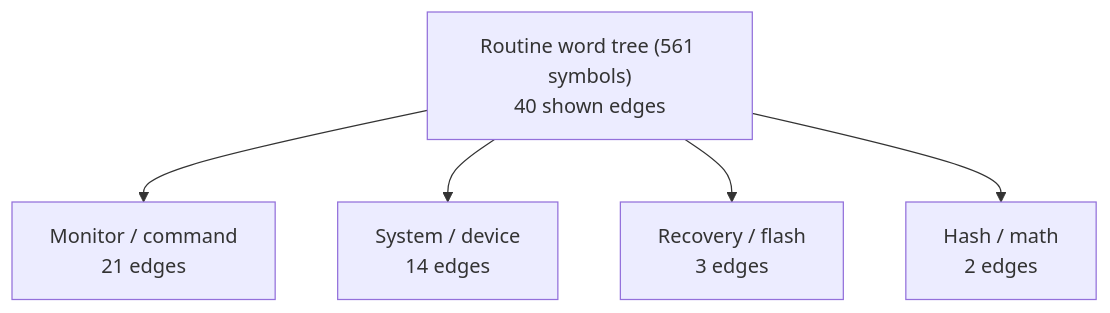
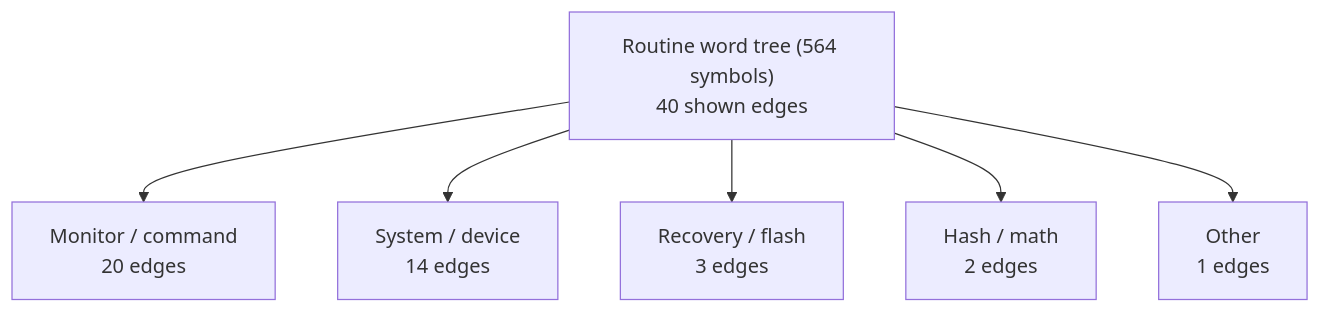
The first of 8 diagrams in DOC/GENERATED/ROUTINE_WORD_TREE.md (95westus/R-YORS), drawn with Mermaid before and after one commit. The commit also changed other lines of this file and 29 other files, not shown here.

````diff
--- a/DOC/GENERATED/ROUTINE_WORD_TREE.md
+++ b/DOC/GENERATED/ROUTINE_WORD_TREE.md
@@ -16,7 +16,8 @@
 ```mermaid
 flowchart TD
-    MAP_ROOT_ROUTINE_WORD_TREE__561_SYMBOLS_["Routine word tree (561 symbols)<br/>40 shown edges"] --> MAP_FAMILY_MONITOR___COMMAND["Monitor / command<br/>21 edges"]
-    MAP_ROOT_ROUTINE_WORD_TREE__561_SYMBOLS_["Routine word tree (561 symbols)<br/>40 shown edges"] --> MAP_FAMILY_SYSTEM___DEVICE["System / device<br/>14 edges"]
-    MAP_ROOT_ROUTINE_WORD_TREE__561_SYMBOLS_["Routine word tree (561 symbols)<br/>40 shown edges"] --> MAP_FAMILY_RECOVERY___FLASH["Recovery / flash<br/>3 edges"]
-    MAP_ROOT_ROUTINE_WORD_TREE__561_SYMBOLS_["Routine word tree (561 symbols)<br/>40 shown edges"] --> MAP_FAMILY_HASH___MATH["Hash / math<br/>2 edges"]
+    MAP_ROOT_ROUTINE_WORD_TREE__564_SYMBOLS_["Routine word tree (564 symbols)<br/>40 shown edges"] --> MAP_FAMILY_MONITOR___COMMAND["Monitor / command<br/>20 edges"]
+    MAP_ROOT_ROUTINE_WORD_TREE__564_SYMBOLS_["Routine word tree (564 symbols)<br/>40 shown edges"] --> MAP_FAMILY_SYSTEM___DEVICE["System / device<br/>14 edges"]
+    MAP_ROOT_ROUTINE_WORD_TREE__564_SYMBOLS_["Routine word tree (564 symbols)<br/>40 shown edges"] --> MAP_FAMILY_RECOVERY___FLASH["Recovery / flash<br/>3 edges"]
+    MAP_ROOT_ROUTINE_WORD_TREE__564_SYMBOLS_["Routine word tree (564 symbols)<br/>40 shown edges"] --> MAP_FAMILY_HASH___MATH["Hash / math<br/>2 edges"]
+    MAP_ROOT_ROUTINE_WORD_TREE__564_SYMBOLS_["Routine word tree (564 symbols)<br/>40 shown edges"] --> MAP_FAMILY_OTHER["Other<br/>1 edges"]
 ```
````
